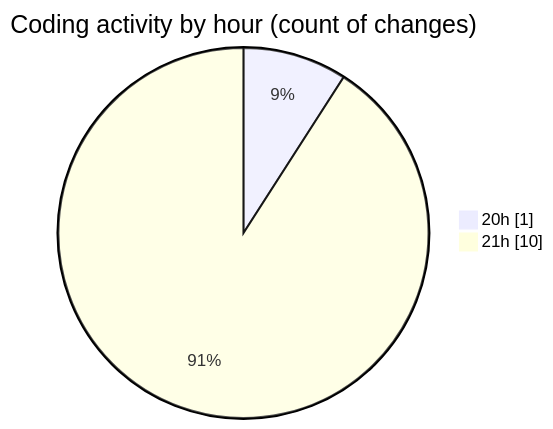
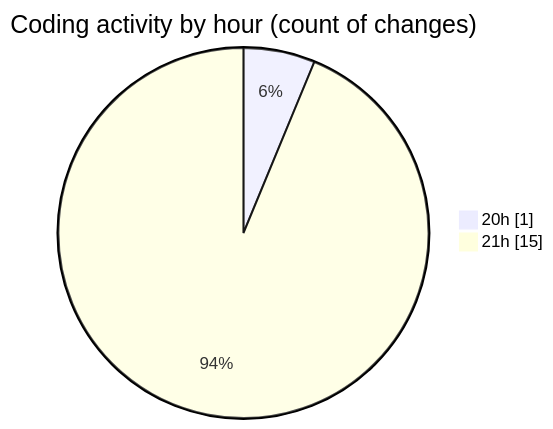
Before and after one commit to Ritupan-Deka/code-tracking: the second of 2 diagrams in 2025-02-15/0starter_files/README.md, drawn with Mermaid. The commit also changed other lines of this file and 1 other file, not shown here.

````diff
--- a/2025-02-15/0starter_files/README.md
+++ b/2025-02-15/0starter_files/README.md
@@ -28,6 +28,6 @@
 ```mermaid
 pie showData
 title Coding activity by hour (count of changes)
 "20h" : 1
-"21h" : 10
+"21h" : 15
 ```
````
